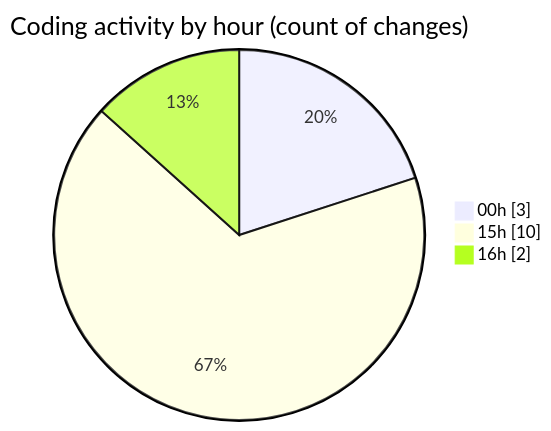
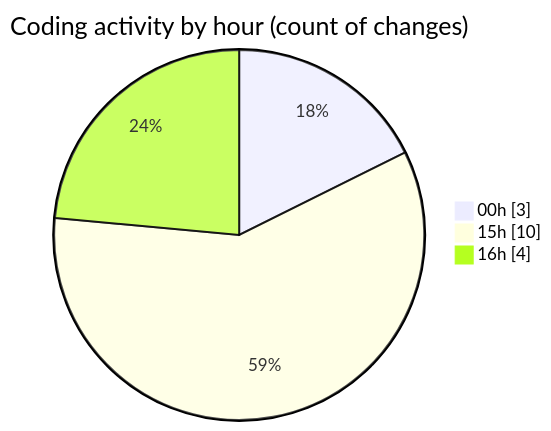
Before and after one commit to idhammustaqopulfikri/code-tracking: the second of 2 diagrams in 2025-03-30/autodidak/README.md, drawn with Mermaid. The commit also changed other lines of this file and 1 other file, not shown here.

````diff
--- a/2025-03-30/autodidak/README.md
+++ b/2025-03-30/autodidak/README.md
@@ -34,7 +34,7 @@
 ```mermaid
 pie showData
 title Coding activity by hour (count of changes)
 "00h" : 3
 "15h" : 10
-"16h" : 2
+"16h" : 4
 ```
````
